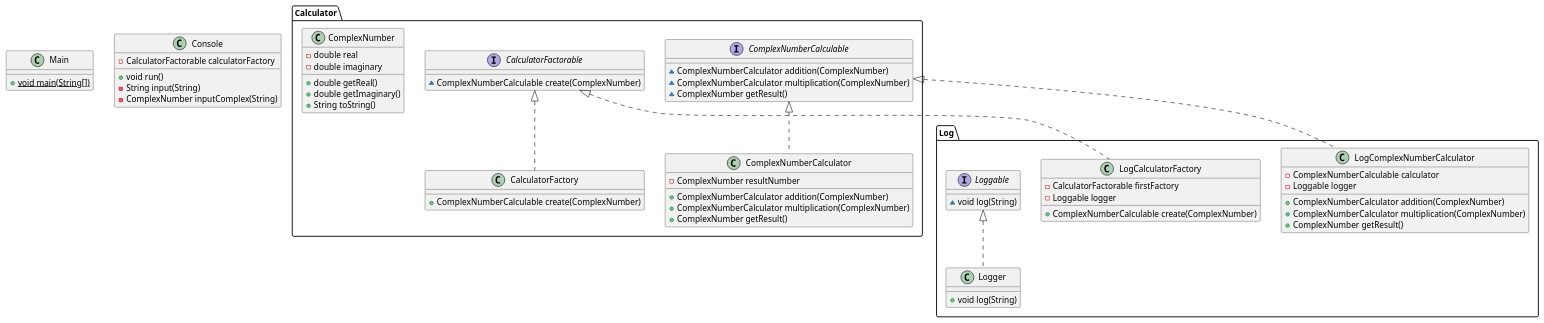
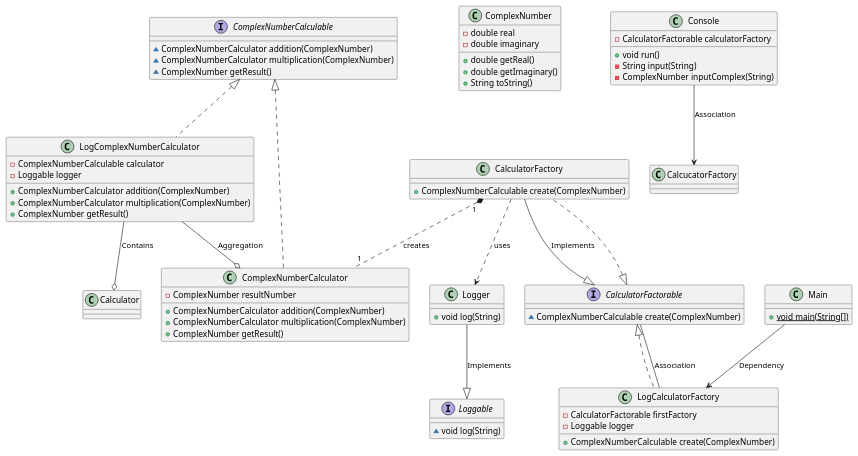
The diagram in complexNumberCalcUml.puml (mercedesprima/ArchiHW), drawn with PlantUML before and after one commit.

Commit message:
complexNumberCalcUml added

```diff
--- a/complexNumberCalcUml.puml
+++ b/complexNumberCalcUml.puml
@@ -1,60 +1,76 @@
 @startuml
-class Log.LogComplexNumberCalculator {
+class LogComplexNumberCalculator {
 - ComplexNumberCalculable calculator
 - Loggable logger
 + ComplexNumberCalculator addition(ComplexNumber)
 + ComplexNumberCalculator multiplication(ComplexNumber)
 + ComplexNumber getResult()
 }
-class Log.LogCalculatorFactory {
+class LogCalculatorFactory {
 - CalculatorFactorable firstFactory
 - Loggable logger
 + ComplexNumberCalculable create(ComplexNumber)
 }
 class Main {
 + {static} void main(String[])
 }
-interface Log.Loggable {
+interface Loggable {
 ~ void log(String)
 }
-interface Calculator.CalculatorFactorable {
+interface CalculatorFactorable {
 ~ ComplexNumberCalculable create(ComplexNumber)
 }
-interface Calculator.ComplexNumberCalculable {
+interface ComplexNumberCalculable {
 ~ ComplexNumberCalculator addition(ComplexNumber)
 ~ ComplexNumberCalculator multiplication(ComplexNumber)
 ~ ComplexNumber getResult()
 }
-class Calculator.CalculatorFactory {
+class CalculatorFactory {
 + ComplexNumberCalculable create(ComplexNumber)
 }
-class Calculator.ComplexNumberCalculator {
+class ComplexNumberCalculator {
 - ComplexNumber resultNumber
 + ComplexNumberCalculator addition(ComplexNumber)
 + ComplexNumberCalculator multiplication(ComplexNumber)
 + ComplexNumber getResult()
 }
-class Calculator.ComplexNumber {
+class ComplexNumber {
 - double real
 - double imaginary
 + double getReal()
 + double getImaginary()
 + String toString()
 }
 class Console {
 - CalculatorFactorable calculatorFactory
 + void run()
 - String input(String)
 - ComplexNumber inputComplex(String)
 }
-class Log.Logger {
+class Logger {
 + void log(String)
 }
 
 
-Calculator.ComplexNumberCalculable <|.. Log.LogComplexNumberCalculator
-Calculator.CalculatorFactorable <|.. Log.LogCalculatorFactory
-Calculator.CalculatorFactorable <|.. Calculator.CalculatorFactory
-Calculator.ComplexNumberCalculable <|.. Calculator.ComplexNumberCalculator
-Log.Loggable <|.. Log.Logger
+ComplexNumberCalculable <|.. LogComplexNumberCalculator
+CalculatorFactorable <|.. LogCalculatorFactory
+CalculatorFactorable <|.. CalculatorFactory
+ComplexNumberCalculable <|.. ComplexNumberCalculator
+'Ассоциация: Класс Console содержит ссылку на объект CalculatorFactory'
+Console --> CalcucatorFactory : Association
+CalculatorFactory ..> Logger : uses
+CalculatorFactory "1" *.. "1" ComplexNumberCalculator : creates
+'Ассоциация: Класс LogCalcFactory содержит ссылку на объект CalcFactorable'
+LogCalculatorFactory -- CalculatorFactorable : Association
+'Зависимость: Класс Main использует класса LogCalculatorFactory для создания объектов, то есть зависит от него.'
+Main --> LogCalculatorFactory : Dependency
+'Реализация: Класс Logger реализует интерфейс Loggable. Logger реализует метод log(String) из интерфейса.'
+Logger --|> Loggable : Implements
+'Реализация: Класс CalculatorFactory реализует интерфейс CalculatorFactorable.'
+CalculatorFactory --|> CalculatorFactorable : Implements
+'Композиция: Класс LogComplexNumberCalculator содержит объект Calculator '
+LogComplexNumberCalculator --o Calculator : Contains
+'Агрегация: Класс LogComplexNumberCalculator агрегирует (содержит) объект класса ComplexNumberCalculator,
+ 'представляющий вычисления комплексных чисел.'
+ LogComplexNumberCalculator --o ComplexNumberCalculator : Aggregation
 @enduml
```
